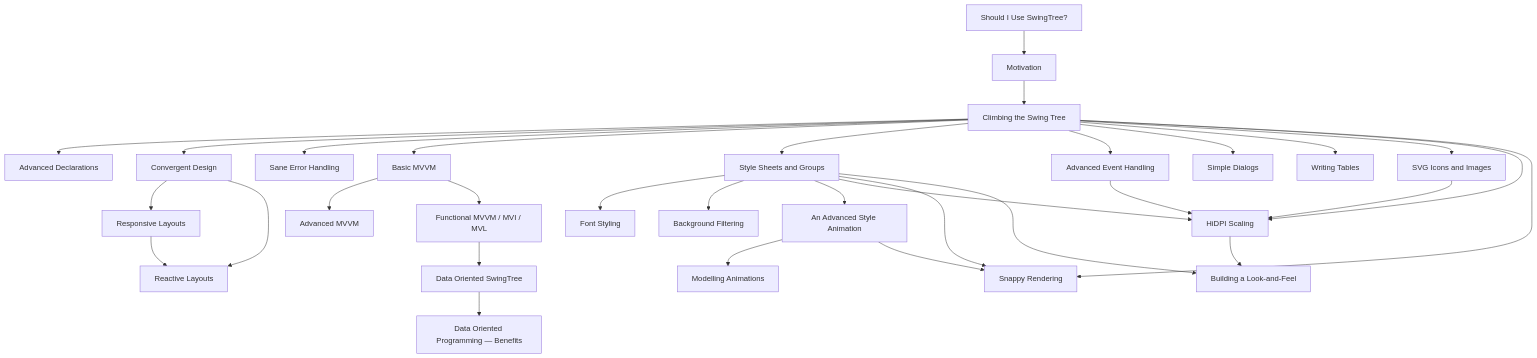
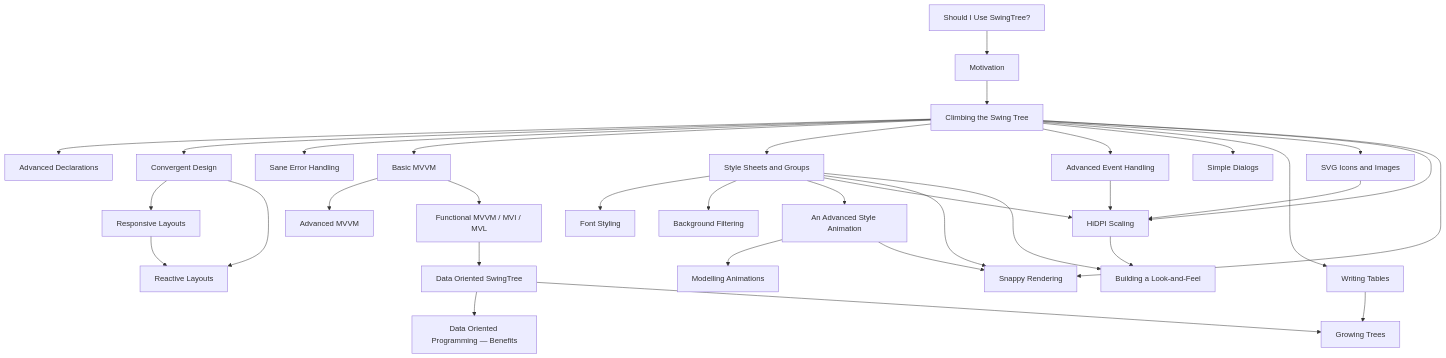
The diagram in docs/markdown/README.md (globaltcad/swing-tree), drawn with Mermaid before and after one commit. The commit also changed other lines of this file and 18 other files, not shown here.

````diff
--- a/docs/markdown/README.md
+++ b/docs/markdown/README.md
@@ -80,34 +81,36 @@
 ```mermaid
 graph TD;
     S[Should I Use SwingTree?] --> M[Motivation]
     M[Motivation] --> C[Climbing the Swing Tree]
     C --> AD[Advanced Declarations]
     C --> CD[Convergent Design]
     C --> SAN[Sane Error Handling]
     CD --> RL[Responsive Layouts]
     RL --> RAL[Reactive Layouts]
     CD --> RAL
     C --> BMV[Basic MVVM]
     BMV --> AMV[Advanced MVVM]
     BMV --> FMV[Functional MVVM / MVI / MVL]
     FMV --> DO[Data Oriented SwingTree]
     DO --> DOB[Data Oriented Programming — Benefits]
     C --> SS[Style Sheets and Groups]
     SS --> FS[Font Styling]
     SS --> BF[Background Filtering]
     SS --> ASA[An Advanced Style Animation]
     ASA --> MA[Modelling Animations]
     C --> EH[Advanced Event Handling]
     C --> SD[Simple Dialogs]
     C --> WT[Writing Tables]
+    WT --> GT[Growing Trees]
+    DO --> GT
     C --> SVG[SVG Icons and Images]
     SVG --> HDPI
     C --> HDPI[HiDPI Scaling]
     SS --> HDPI
     EH --> HDPI
     C --> SR[Snappy Rendering]
     SS --> SR
     ASA --> SR
     SS --> LAF[Building a Look-and-Feel]
     HDPI --> LAF
 ```
````
